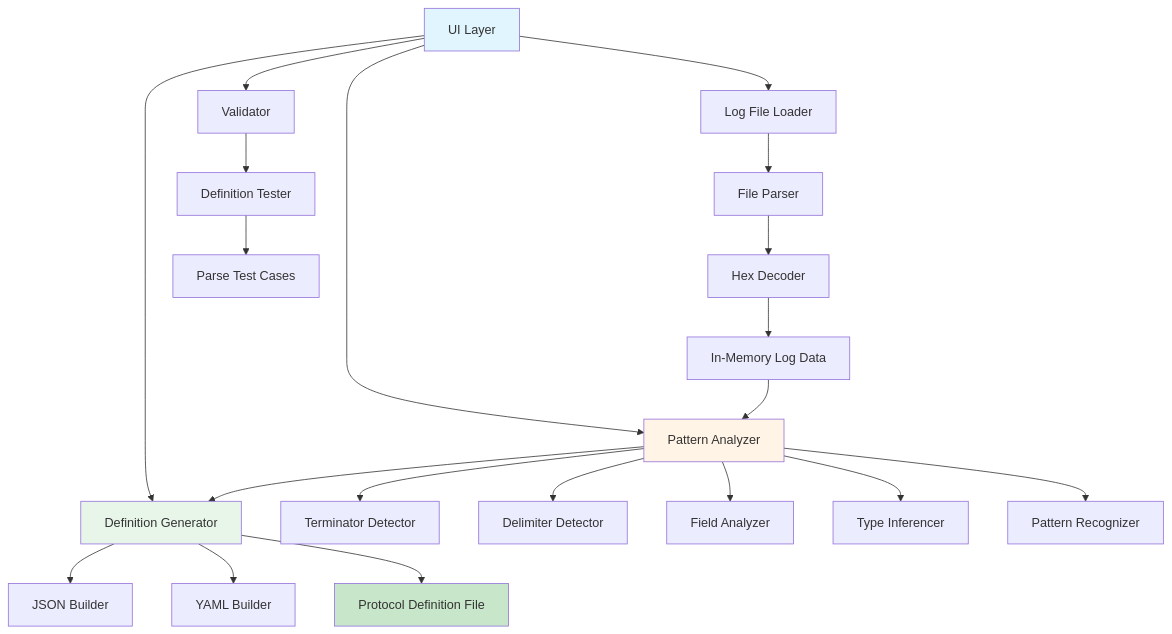
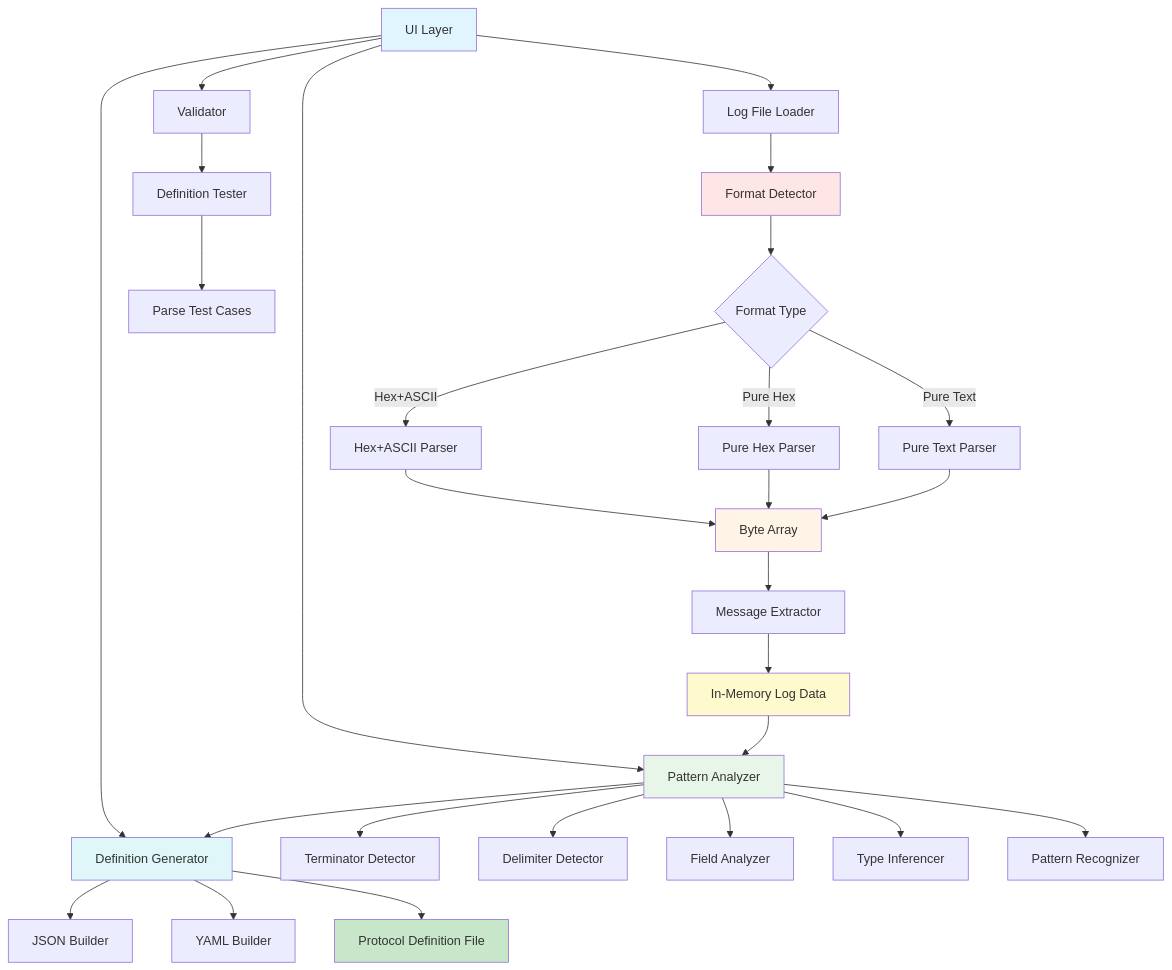
Before and after one commit to chumpon-asaneerat/NSerialCommTools: the first of 3 diagrams in Documents/ModernDesign/02-Protocol-Analyzer-Tool.md, drawn with Mermaid. The commit also changed other lines of this file, not shown here.

````diff
--- a/Documents/ModernDesign/02-Protocol-Analyzer-Tool.md
+++ b/Documents/ModernDesign/02-Protocol-Analyzer-Tool.md
@@ -53,32 +66,45 @@
 ```mermaid
 graph TD
     A[UI Layer] --> B[Log File Loader]
     A --> C[Pattern Analyzer]
     A --> D[Definition Generator]
     A --> E[Validator]
 
-    B --> F[File Parser]
-    F --> G[Hex Decoder]
-    G --> H[In-Memory Log Data]
+    B --> F[Format Detector]
+    F --> G{Format Type}
 
-    C --> I[Terminator Detector]
-    C --> J[Delimiter Detector]
-    C --> K[Field Analyzer]
-    C --> L[Type Inferencer]
-    C --> M[Pattern Recognizer]
+    G -->|Hex+ASCII| H1[Hex+ASCII Parser]
+    G -->|Pure Hex| H2[Pure Hex Parser]
+    G -->|Pure Text| H3[Pure Text Parser]
 
-    D --> N[JSON Builder]
-    D --> O[YAML Builder]
+    H1 --> I[Byte Array]
+    H2 --> I
+    H3 --> I
 
-    E --> P[Definition Tester]
-    P --> Q[Parse Test Cases]
+    I --> J[Message Extractor]
+    J --> K[In-Memory Log Data]
 
-    H --> C
+    C --> L[Terminator Detector]
+    C --> M[Delimiter Detector]
+    C --> N[Field Analyzer]
+    C --> O[Type Inferencer]
+    C --> P[Pattern Recognizer]
+
+    D --> Q[JSON Builder]
+    D --> R[YAML Builder]
+
+    E --> S[Definition Tester]
+    S --> T[Parse Test Cases]
+
+    K --> C
     C --> D
-    D --> R[Protocol Definition File]
+    D --> U[Protocol Definition File]
 
     style A fill:#e1f5ff
-    style C fill:#fff4e6
-    style D fill:#e8f5e9
-    style R fill:#c8e6c9
+    style F fill:#ffe6e6
+    style I fill:#fff4e6
+    style K fill:#fffacd
+    style C fill:#e8f5e9
+    style D fill:#e0f7fa
+    style U fill:#c8e6c9
 ```
````
